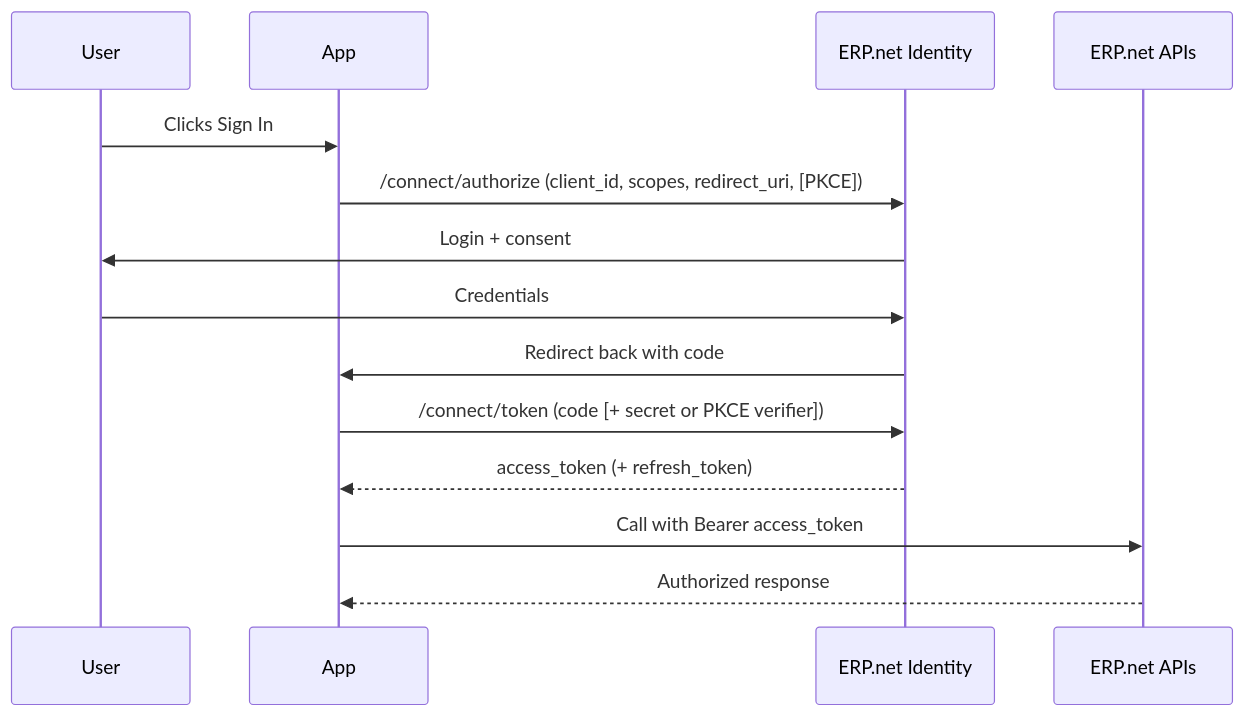
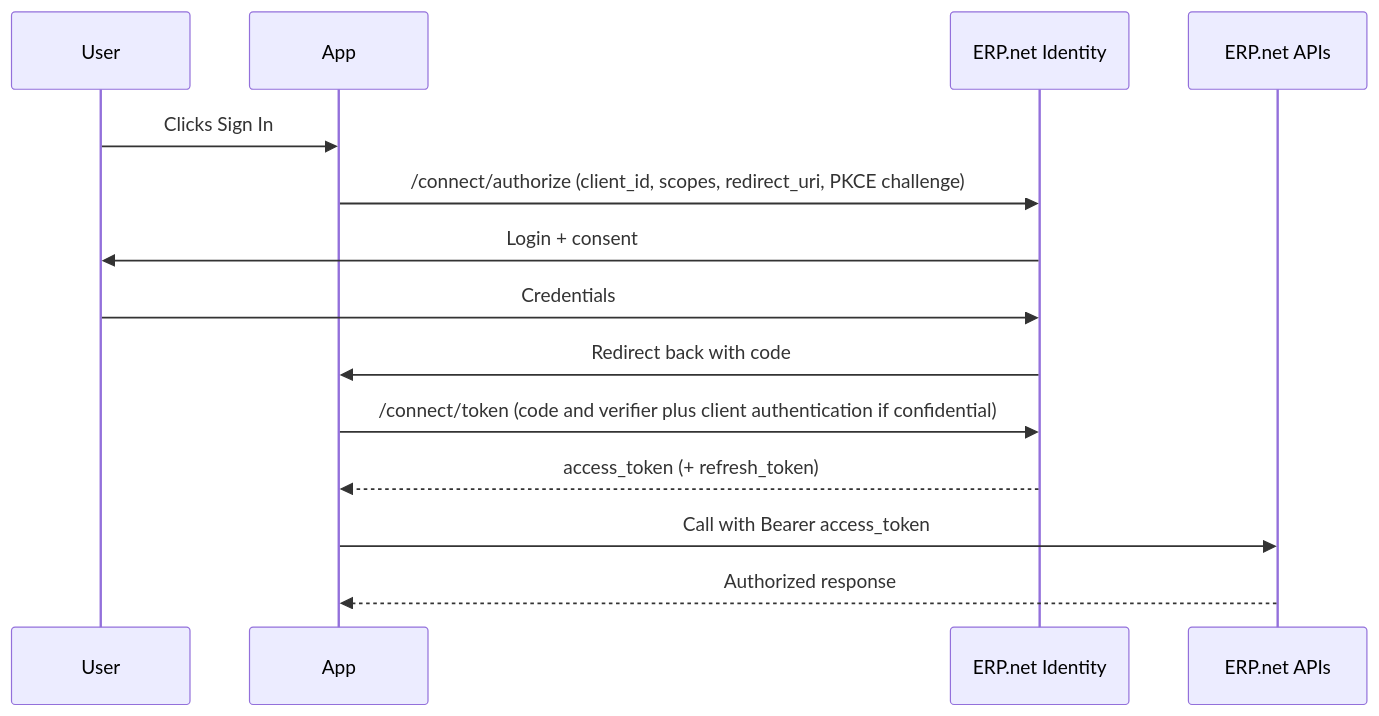
Before and after one commit to ErpNetDocs/dev: the diagram in auth/flows/auth-code/interactive-apps-step-by-step.md, drawn with Mermaid. The commit also changed other lines of this file and 7 other files, not shown here.

````diff
--- a/auth/flows/auth-code/interactive-apps-step-by-step.md
+++ b/auth/flows/auth-code/interactive-apps-step-by-step.md
@@ -142,17 +126,17 @@
 ```mermaid
 sequenceDiagram
     participant User
     participant App
     participant IDP as ERP.net Identity
     participant API as ERP.net APIs
 
     User->>App: Clicks Sign In
-    App->>IDP: /connect/authorize (client_id, scopes, redirect_uri, [PKCE])
+    App->>IDP: /connect/authorize (client_id, scopes, redirect_uri, PKCE challenge)
     IDP->>User: Login + consent
     User->>IDP: Credentials
     IDP->>App: Redirect back with code
-    App->>IDP: /connect/token (code [+ secret or PKCE verifier])
+    App->>IDP: /connect/token (code and verifier plus client authentication if confidential)
     IDP-->>App: access_token (+ refresh_token)
     App->>API: Call with Bearer access_token
     API-->>App: Authorized response
 ```
````
